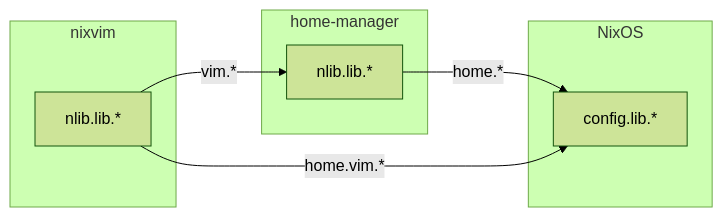
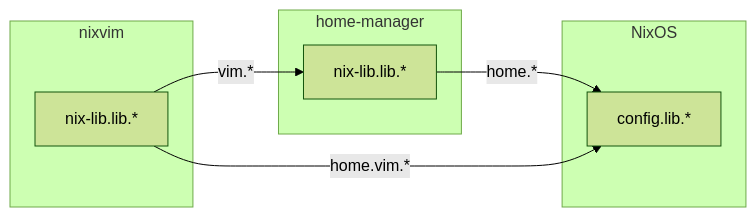
One commit to Dauliac/nix-lib changed the third of 4 diagrams in README.md. Above: the diagram before and after it, drawn with Mermaid (forest theme). The commit also changed other lines of this file and 50 other files, not shown here.

First line of the commit message:
refactor: rename nlib to nix-lib

````diff
--- a/README.md
+++ b/README.md
@@ -161,18 +161,18 @@
 ```mermaid
 flowchart LR
     subgraph NixOS
         N[config.lib.*]
     end
 
     subgraph home-manager
-        H[nlib.lib.*]
+        H[nix-lib.lib.*]
     end
 
     subgraph nixvim
-        V[nlib.lib.*]
+        V[nix-lib.lib.*]
     end
 
     H -->|home.*| N
     V -->|vim.*| H
     V -->|home.vim.*| N
 ```
````
